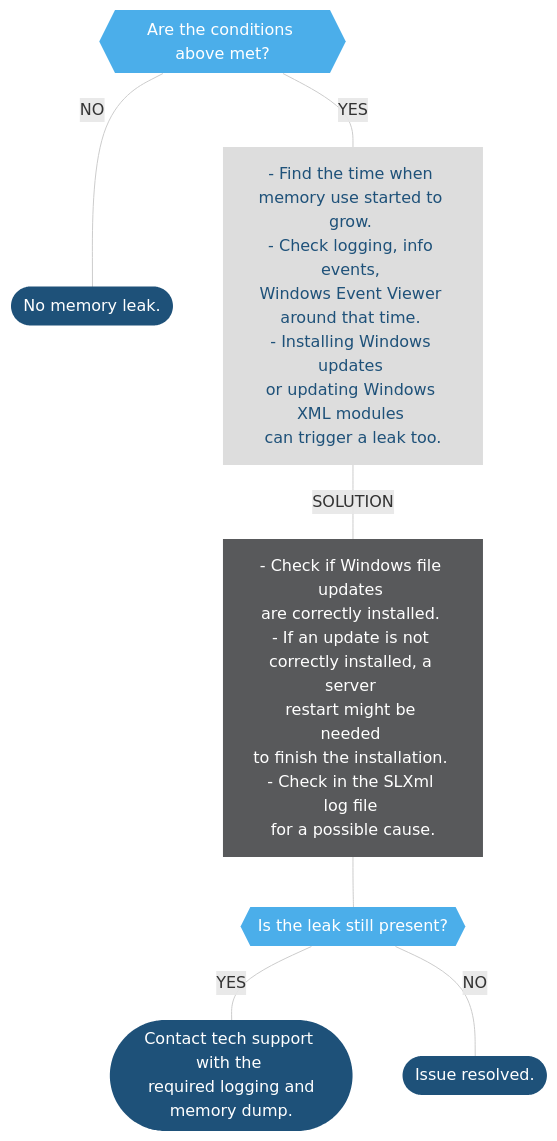
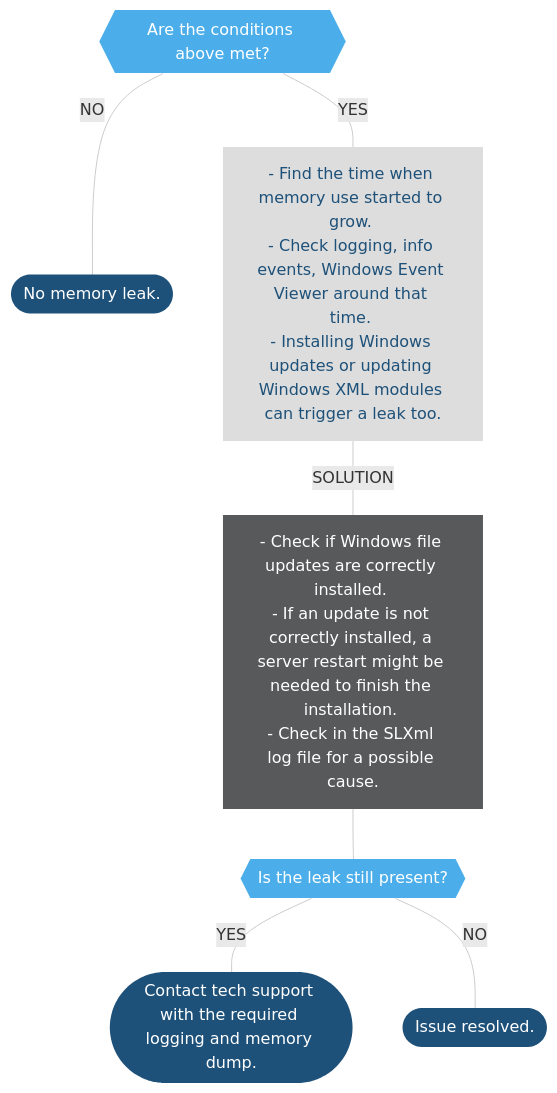
The second of 3 diagrams in user-guide/Troubleshooting/Troubleshooting_Flowcharts/Troubleshooting_Process_Identification/Other_processes/Troubleshooting_SLXML_exe.md (SkylineCommunications/dataminer-docs), drawn with Mermaid before and after one commit. The commit also changed other lines of this file and 8 other files, not shown here.

````diff
--- a/user-guide/Troubleshooting/Troubleshooting_Flowcharts/Troubleshooting_Process_Identification/Other_processes/Troubleshooting_SLXML_exe.md
+++ b/user-guide/Troubleshooting/Troubleshooting_Flowcharts/Troubleshooting_Process_Identification/Other_processes/Troubleshooting_SLXML_exe.md
@@ -58,33 +58,33 @@
 ```mermaid
 flowchart TD
 %% Define styles %%
 linkStyle default stroke:#cccccc
 classDef LightBlue fill:#9DDAF5,stroke:#000070,stroke-width:0px, color:#1E5179;
 classDef Blue fill:#4BAEEA,stroke:#000070,stroke-width:0px, color:#FFFFFF;
 classDef DarkBlue fill:#1E5179,stroke:#000070,stroke-width:0px, color:#FFFFFF;
 classDef DarkGray fill:#58595B,stroke:#000070,stroke-width:0px, color:#FFFFFF;
 classDef Gray fill:#999999,stroke:#000070,stroke-width:0px, color:#FFFFFF;
 classDef LightGray fill:#DDDDDD,stroke:#000070,stroke-width:0px, color:#1E5179;
 %% Define blocks %%
 D1{{Are the conditions above met?}}
 N1([No memory leak.])
-Y1[- Find the time when <br>memory use started to grow. <br/>- Check logging, info events, <br>Windows Event Viewer <br>around that time. <br/>- Installing Windows updates <br>or updating Windows XML modules <br>can trigger a leak too.]
-Sol1[- Check if Windows file updates <br>are correctly installed. <br/>- If an update is not <br>correctly installed, a server <br/>restart might be needed <br>to finish the installation. <br/>- Check in the SLXml log file <br>for a possible cause.]
+Y1[- Find the time when memory use started to grow. <br/>- Check logging, info events, Windows Event Viewer around that time. <br/>- Installing Windows updates or updating Windows XML modules can trigger a leak too.]
+Sol1[- Check if Windows file updates are correctly installed. <br/>- If an update is not correctly installed, a server restart might be needed to finish the installation. <br/>- Check in the SLXml log file for a possible cause.]
 Ch1{{Is the leak still present?}}
 N2([Issue resolved.])
-Y2([Contact tech support with the <br/> required logging and memory dump.])
+Y2([Contact tech support with the required logging and memory dump.])
 %% Connect blocks %%
 D1 --- |YES| Y1
 D1 --- |NO| N1
 Y1 --- |SOLUTION| Sol1
 Sol1 --- Ch1
 Ch1 --- |YES| Y2
 Ch1 --- |NO| N2
 %% Apply styles to blocks %%
 class START,N2,N1,Y2,MinidumpNo,N3,Y3 DarkBlue;
 class Sol1,MinidumpYes,Sol2 DarkGray;
 class CrashdumpDetected,D1,Ch1,Minidump,Ch3 Blue;
 class StartPage,LogCollector LightBlue;
 class Crash,Ch,Y1,ProcessCrashed LightGray;
 class Leak Gray;
 ```
````
